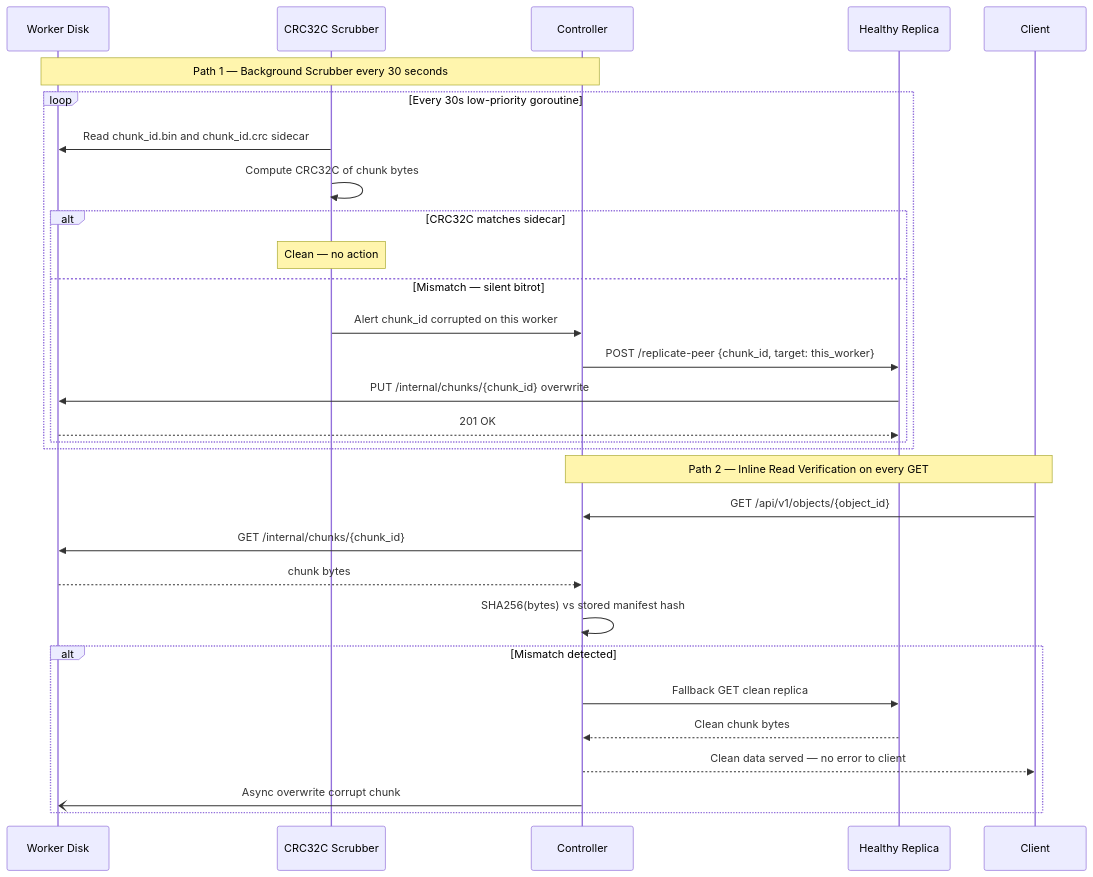
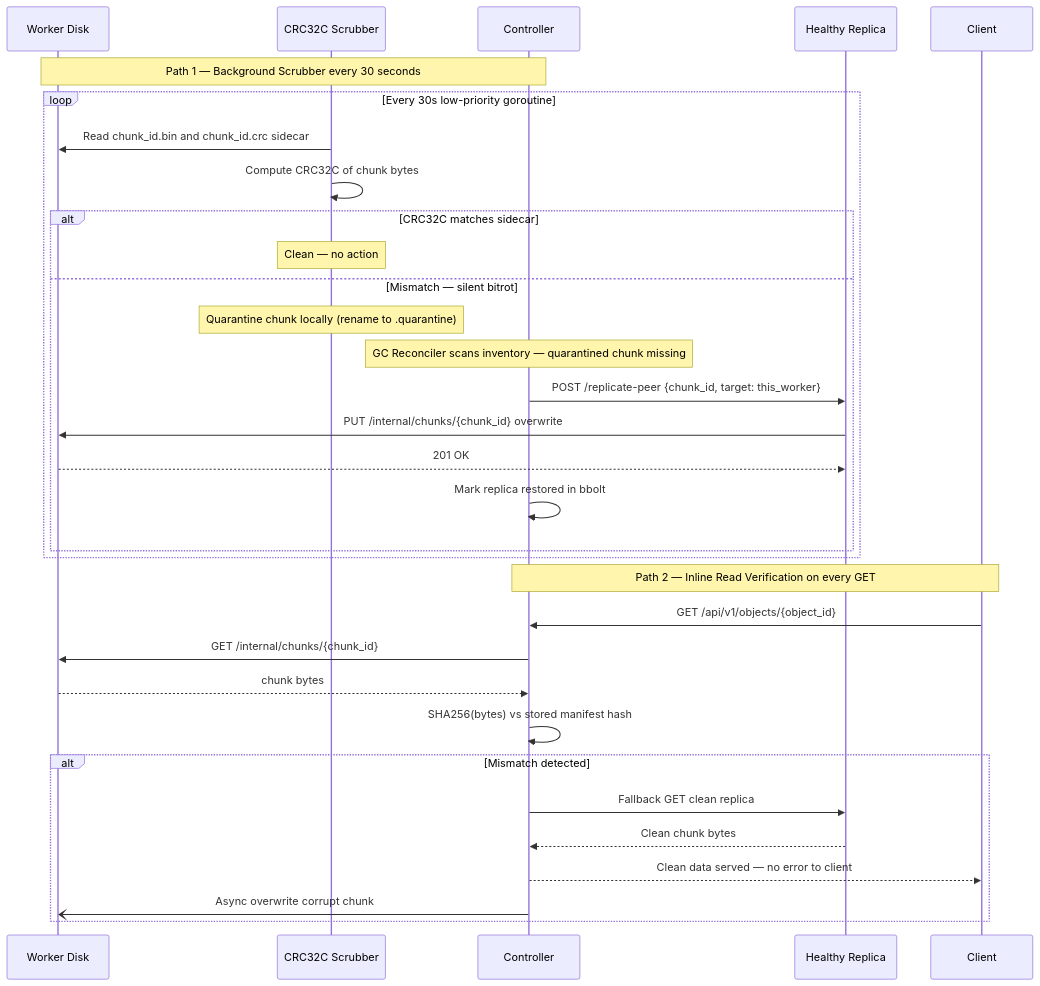
One commit to KrishnaChaitanya16/Distributed_Object_Store changed the diagram in docs/diagrams/05-data-integrity.md. Above: the diagram before and after it, drawn with Mermaid. The commit also changed 2 other files, not shown here.

Commit message:
docs: update diagrams to match current implementation

````diff
--- a/docs/diagrams/05-data-integrity.md
+++ b/docs/diagrams/05-data-integrity.md
@@ -3,34 +3,36 @@
 ```mermaid
 sequenceDiagram
   participant DISK as Worker Disk
   participant SCRUB as CRC32C Scrubber
   participant CTL as Controller
   participant WS as Healthy Replica
   participant C as Client
 
   Note over DISK,CTL: Path 1 — Background Scrubber every 30 seconds
   loop Every 30s low-priority goroutine
     SCRUB->>DISK: Read chunk_id.bin and chunk_id.crc sidecar
     SCRUB->>SCRUB: Compute CRC32C of chunk bytes
     alt CRC32C matches sidecar
       Note over SCRUB: Clean — no action
     else Mismatch — silent bitrot
-      SCRUB->>CTL: Alert chunk_id corrupted on this worker
+      Note over SCRUB: Quarantine chunk locally (rename to .quarantine)
+      Note over CTL: GC Reconciler scans inventory — quarantined chunk missing
       CTL->>WS: POST /replicate-peer {chunk_id, target: this_worker}
       WS->>DISK: PUT /internal/chunks/{chunk_id} overwrite
       DISK-->>WS: 201 OK
+      CTL->>CTL: Mark replica restored in bbolt
     end
   end
 
   Note over C,CTL: Path 2 — Inline Read Verification on every GET
   C->>CTL: GET /api/v1/objects/{object_id}
   CTL->>DISK: GET /internal/chunks/{chunk_id}
   DISK-->>CTL: chunk bytes
   CTL->>CTL: SHA256(bytes) vs stored manifest hash
   alt Mismatch detected
     CTL->>WS: Fallback GET clean replica
     WS-->>CTL: Clean chunk bytes
     CTL-->>C: Clean data served — no error to client
     CTL-)DISK: Async overwrite corrupt chunk
   end
 ```
````
